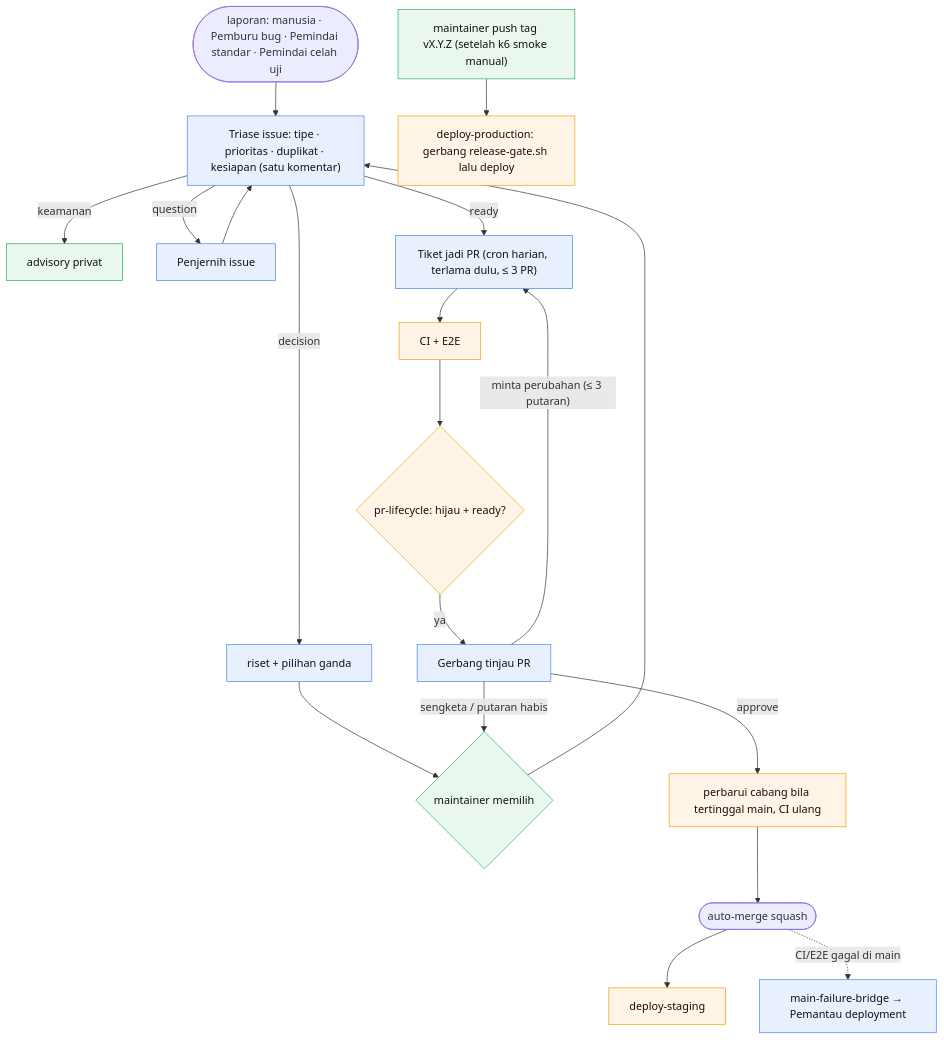
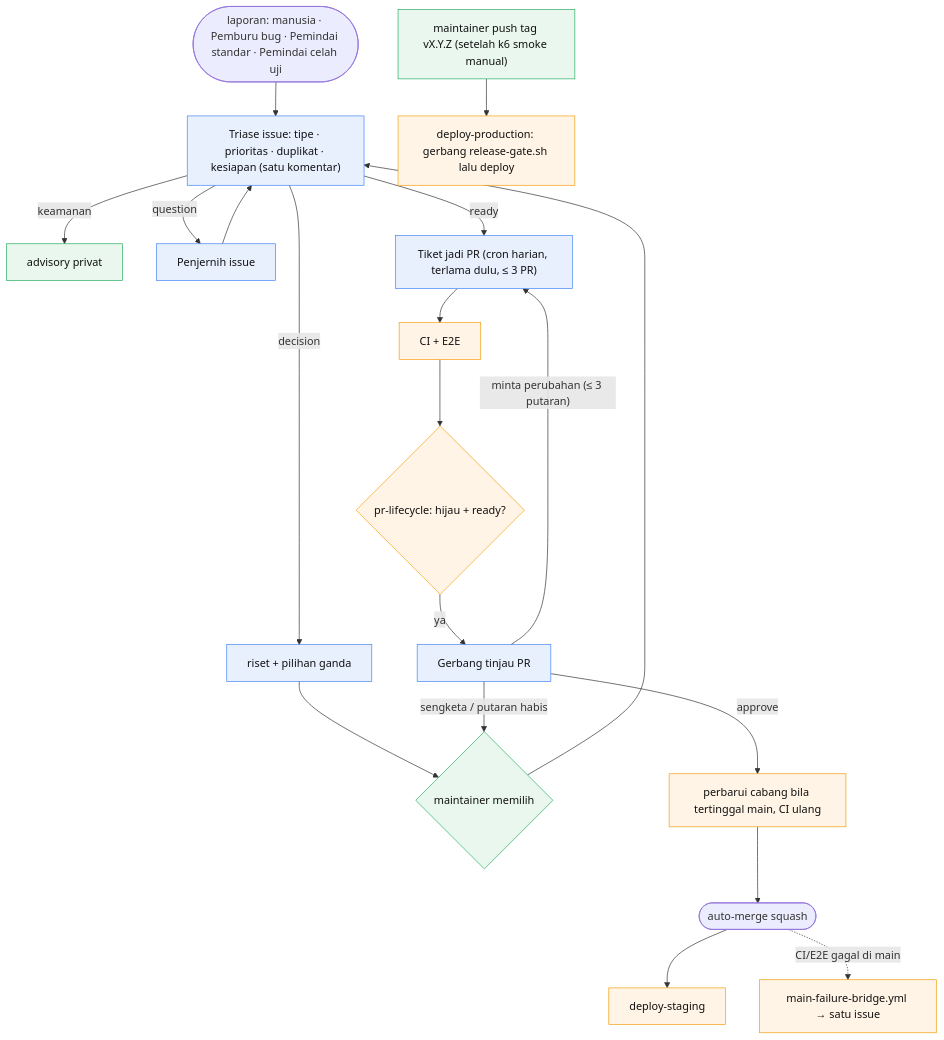
Before and after one commit to cipansor/cipansor: the first of 6 diagrams in docs/SDLC-FLOW.md, drawn with Mermaid. The commit also changed other lines of this file and 12 other files, not shown here.

````diff
--- a/docs/SDLC-FLOW.md
+++ b/docs/SDLC-FLOW.md
@@ -193,20 +193,20 @@
 ```mermaid
 flowchart TD
   classDef cloud fill:#e8f0fe,stroke:#4285f4,color:#111;
   classDef gh fill:#fff4e5,stroke:#f59e0b,color:#111;
   classDef human fill:#e9f7ef,stroke:#27ae60,color:#111;
 
   IN(["laporan: manusia · Pemburu bug · Pemindai standar · Pemindai celah uji"]) --> TR["Triase issue: tipe · prioritas · duplikat · kesiapan (satu komentar)"]:::cloud
   TR -- keamanan --> ADV["advisory privat"]:::human
   TR -- question --> CL["Penjernih issue"]:::cloud --> TR
   TR -- decision --> DEC["riset + pilihan ganda"]:::cloud --> MD{"maintainer memilih"}:::human --> TR
   TR -- ready --> IMP["Tiket jadi PR (cron harian, terlama dulu, ≤ 3 PR)"]:::cloud
   IMP --> CI["CI + E2E"]:::gh --> LC{"pr-lifecycle: hijau + ready?"}:::gh
   LC -- ya --> GT["Gerbang tinjau PR"]:::cloud
   GT -- "minta perubahan (≤ 3 putaran)" --> IMP
   GT -- "sengketa / putaran habis" --> MD
   GT -- approve --> UPD["perbarui cabang bila tertinggal main, CI ulang"]:::gh --> MG(["auto-merge squash"])
   MG --> STG["deploy-staging"]:::gh
-  MG -. "CI/E2E gagal di main" .-> BR["main-failure-bridge → Pemantau deployment"]:::cloud
+  MG -. "CI/E2E gagal di main" .-> BR["main-failure-bridge.yml → satu issue"]:::gh
   REL["maintainer push tag vX.Y.Z (setelah k6 smoke manual)"]:::human --> PRD["deploy-production: gerbang release-gate.sh lalu deploy"]:::gh
 ```
````
